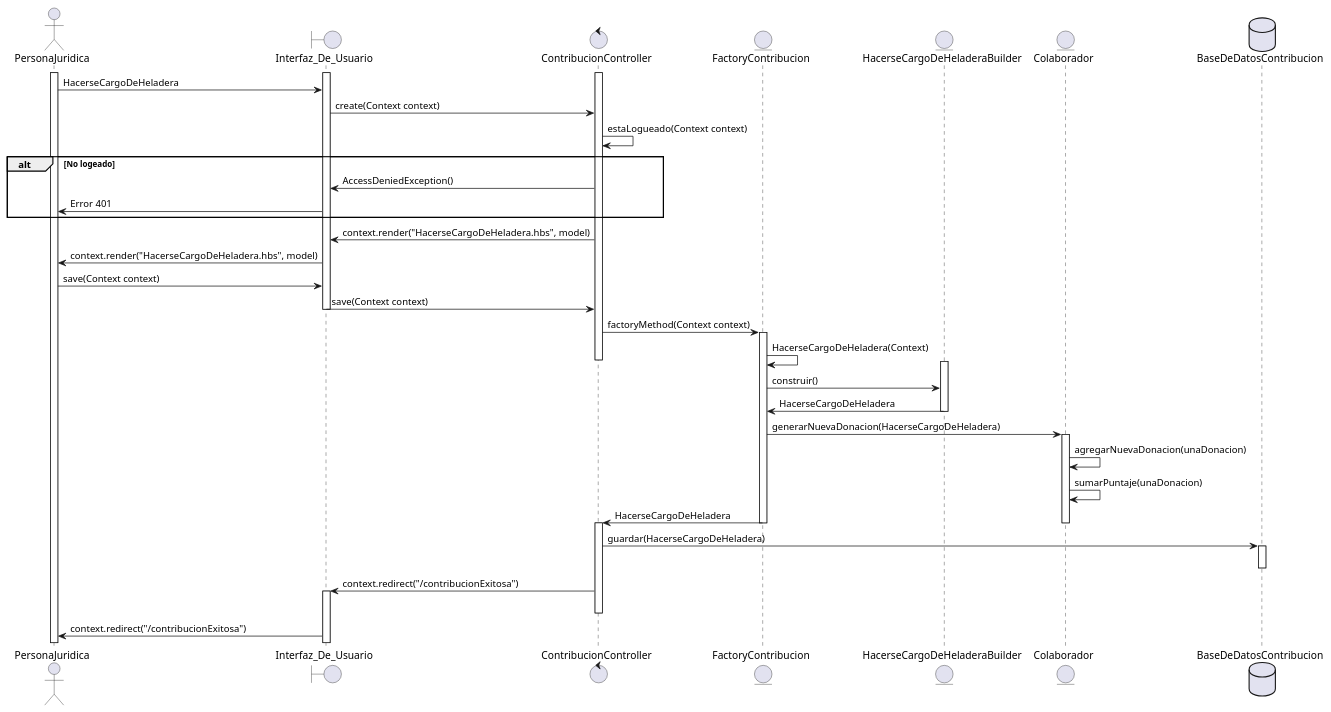
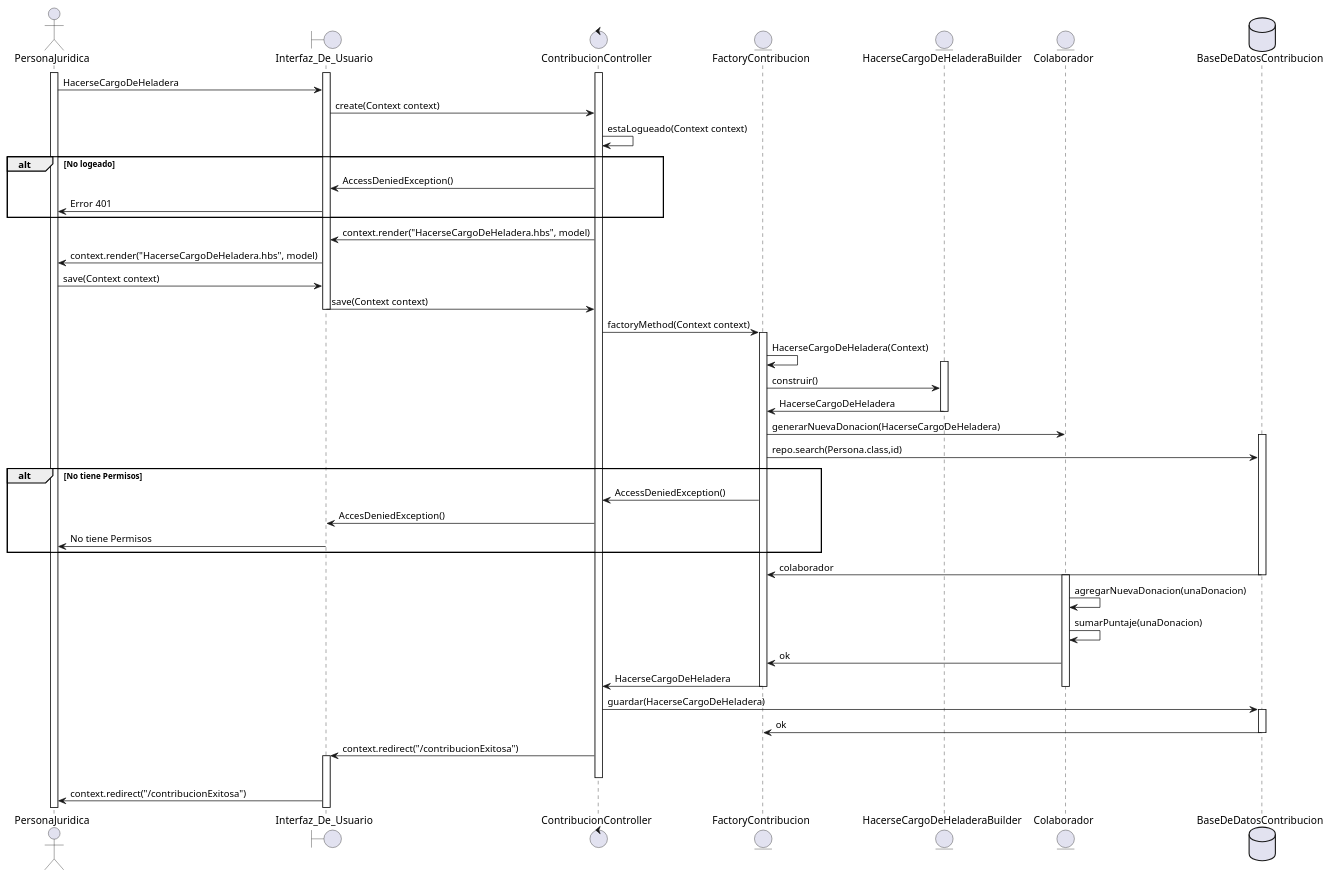
Before and after one commit to JBDelupi/TPs---DDS: the diagram in UMLs/FormasDeContribucion/HacerseCargoDeUnaHeladera.puml, drawn with PlantUML. The commit also changed 14 other files, not shown here.

```diff
--- a/UMLs/FormasDeContribucion/HacerseCargoDeUnaHeladera.puml
+++ b/UMLs/FormasDeContribucion/HacerseCargoDeUnaHeladera.puml
@@ -1,58 +1,73 @@
-@startuml GenerarHacerseCargoDeHeladera
+@startuml HacerseCargoDeHeladera
 
 actor PersonaJuridica
 boundary Interfaz_De_Usuario
 control ContribucionController
 
 
 entity FactoryContribucion
 entity HacerseCargoDeHeladeraBuilder
 entity Colaborador
 database BaseDeDatosContribucion
 
 activate PersonaJuridica
 activate Interfaz_De_Usuario
 activate ContribucionController
 PersonaJuridica->Interfaz_De_Usuario: HacerseCargoDeHeladera
 Interfaz_De_Usuario->ContribucionController: create(Context context)
 ContribucionController->ContribucionController: estaLogueado(Context context)
 
 
 alt No logeado
     ContribucionController->Interfaz_De_Usuario: AccessDeniedException()
     Interfaz_De_Usuario->PersonaJuridica: Error 401
 end
 
 ContribucionController -> Interfaz_De_Usuario: context.render("HacerseCargoDeHeladera.hbs", model)
 Interfaz_De_Usuario -> PersonaJuridica: context.render("HacerseCargoDeHeladera.hbs", model)
 
 PersonaJuridica -> Interfaz_De_Usuario: save(Context context)
 Interfaz_De_Usuario -> ContribucionController: save(Context context)
 deactivate Interfaz_De_Usuario
 ContribucionController -> FactoryContribucion: factoryMethod(Context context)
 
 activate FactoryContribucion
 FactoryContribucion -> FactoryContribucion: HacerseCargoDeHeladera(Context)
-deactivate ContribucionController
+
 activate HacerseCargoDeHeladeraBuilder
 FactoryContribucion -> HacerseCargoDeHeladeraBuilder: construir()
 HacerseCargoDeHeladeraBuilder -> FactoryContribucion: HacerseCargoDeHeladera
 deactivate HacerseCargoDeHeladeraBuilder
 FactoryContribucion -> Colaborador: generarNuevaDonacion(HacerseCargoDeHeladera)
+activate BaseDeDatosContribucion
+FactoryContribucion -> BaseDeDatosContribucion: repo.search(Persona.class,id)
+
+alt No tiene Permisos
+
+    FactoryContribucion->ContribucionController: AccessDeniedException()
+    ContribucionController->Interfaz_De_Usuario: AccesDeniedException()
+    Interfaz_De_Usuario->PersonaJuridica: No tiene Permisos
+
+end
+
+BaseDeDatosContribucion -> FactoryContribucion : colaborador
+deactivate BaseDeDatosContribucion
 activate Colaborador
 Colaborador -> Colaborador: agregarNuevaDonacion(unaDonacion)
 Colaborador -> Colaborador: sumarPuntaje(unaDonacion)
+Colaborador -> FactoryContribucion: ok
 FactoryContribucion -> ContribucionController: HacerseCargoDeHeladera
 deactivate Colaborador
 deactivate FactoryContribucion
-activate ContribucionController
 ContribucionController -> BaseDeDatosContribucion: guardar(HacerseCargoDeHeladera)
 activate BaseDeDatosContribucion
+BaseDeDatosContribucion -> FactoryContribucion: ok
 deactivate BaseDeDatosContribucion
 ContribucionController -> Interfaz_De_Usuario: context.redirect("/contribucionExitosa")
+
 activate Interfaz_De_Usuario
 deactivate ContribucionController
 
 Interfaz_De_Usuario -> PersonaJuridica: context.redirect("/contribucionExitosa")
 
 @enduml
```
